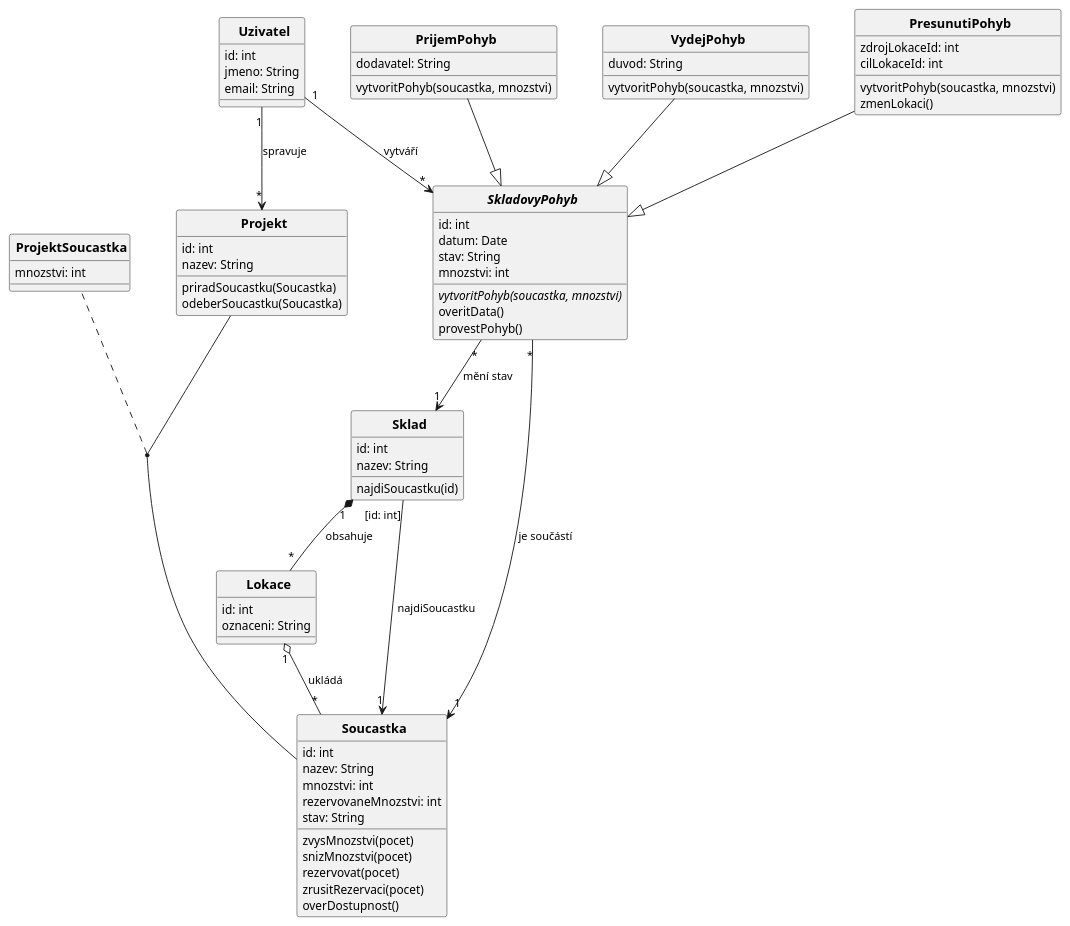
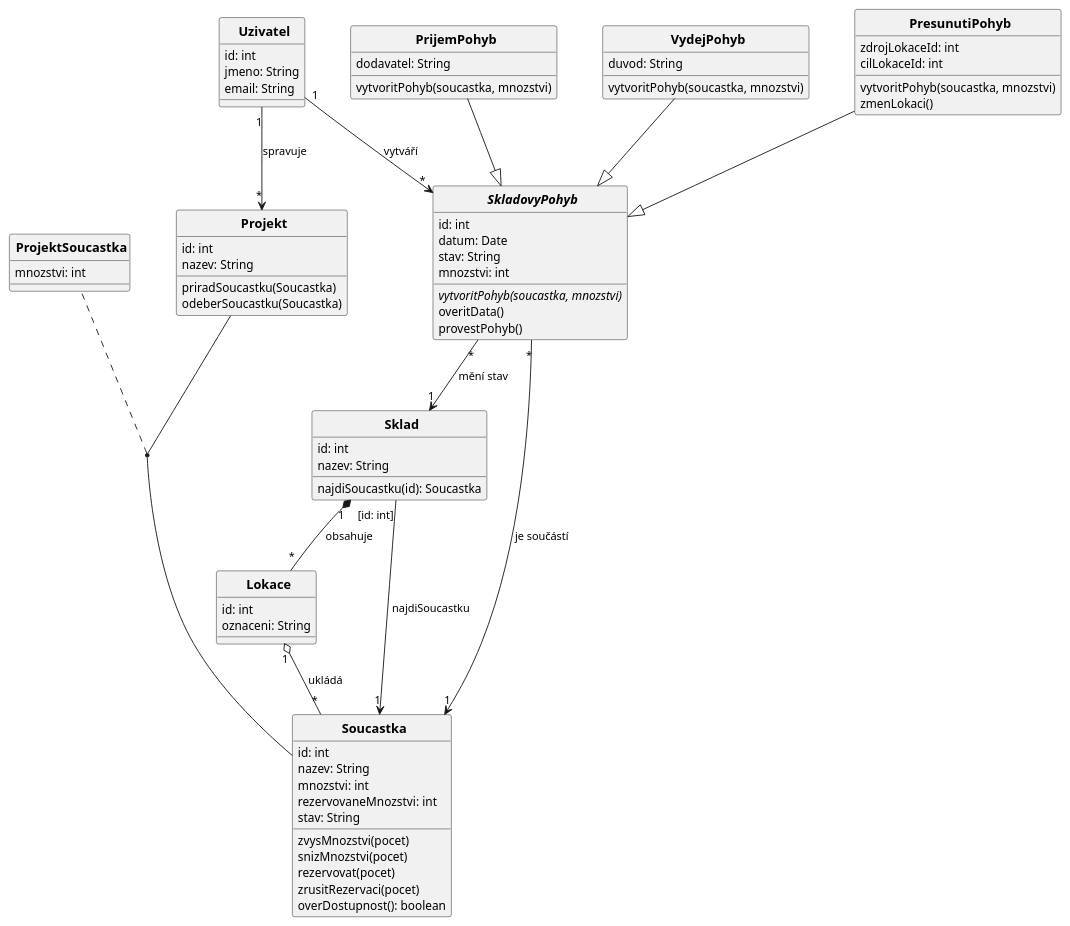
The diagram in diagrams/02_class_diagram.puml (lkvapil/kOdevzdaniProjektWMS), drawn with PlantUML before and after one commit. The commit also changed 1 other file, not shown here.

Commit message:
Class diagram – návratové typy, multiplicity Projekt-Soucastka

```diff
--- a/diagrams/02_class_diagram.puml
+++ b/diagrams/02_class_diagram.puml
@@ -1,105 +1,105 @@
 @startuml
 top to bottom direction
 skinparam CircledCharacterRadius 0
 skinparam CircledCharacterFontSize 0
 skinparam defaultFontSize 13
 skinparam classFontSize 14
 skinparam classFontStyle bold
 skinparam ArrowFontSize 12
 skinparam nodesep 50
 skinparam ranksep 60
 
 class Uzivatel {
   id: int
   jmeno: String
   email: String
 }
 
 class PrijemPohyb {
   dodavatel: String
   vytvoritPohyb(soucastka, mnozstvi)
 }
 
 class VydejPohyb {
   duvod: String
   vytvoritPohyb(soucastka, mnozstvi)
 }
 
 class PresunutiPohyb {
   zdrojLokaceId: int
   cilLokaceId: int
   vytvoritPohyb(soucastka, mnozstvi)
   zmenLokaci()
 }
 
 abstract class SkladovyPohyb {
   id: int
   datum: Date
   stav: String
   mnozstvi: int
   {abstract} vytvoritPohyb(soucastka, mnozstvi)
   overitData()
   provestPohyb()
 }
 
 class Projekt {
   id: int
   nazev: String
   priradSoucastku(Soucastka)
   odeberSoucastku(Soucastka)
 }
 
 class ProjektSoucastka {
   mnozstvi: int
 }
 
 class Sklad {
   id: int
   nazev: String
-  najdiSoucastku(id)
+  najdiSoucastku(id): Soucastka
 }
 
 class Lokace {
   id: int
   oznaceni: String
 }
 
 class Soucastka {
   id: int
   nazev: String
   mnozstvi: int
   rezervovaneMnozstvi: int
   stav: String
   zvysMnozstvi(pocet)
   snizMnozstvi(pocet)
   rezervovat(pocet)
   zrusitRezervaci(pocet)
-  overDostupnost()
+  overDostupnost(): boolean
 }
 
 ' ── Generalizace ──────────────────────────────────────────────────────────────
 PrijemPohyb    --|> SkladovyPohyb
 VydejPohyb     --|> SkladovyPohyb
 PresunutiPohyb --|> SkladovyPohyb
 
 ' ── Atribut spojení ───────────────────────────────────────────────────────────
 (Projekt, Soucastka) .. ProjektSoucastka
 Projekt -[hidden]left- ProjektSoucastka
 
 ' ── Kvalifikovaná vazba ───────────────────────────────────────────────────────
 Sklad "[id: int]" --> "1" Soucastka : najdiSoucastku
 
 ' ── Asociace ──────────────────────────────────────────────────────────────────
 SkladovyPohyb "*" --> "1" Soucastka     : je součástí
 Sklad         "1" *-- "*" Lokace        : obsahuje
 Lokace        "1" o-- "*" Soucastka     : ukládá
 SkladovyPohyb "*" --> "1" Sklad         : mění stav
 Uzivatel      "1" --> "*" SkladovyPohyb : vytváří
 Uzivatel      "1" --> "*" Projekt       : spravuje
 
 ' ── Layout ────────────────────────────────────────────────────────────────────
 Uzivatel    -[hidden]right- PrijemPohyb
 PrijemPohyb -[hidden]right- VydejPohyb
 VydejPohyb  -[hidden]right- PresunutiPohyb
 
 @enduml
```
